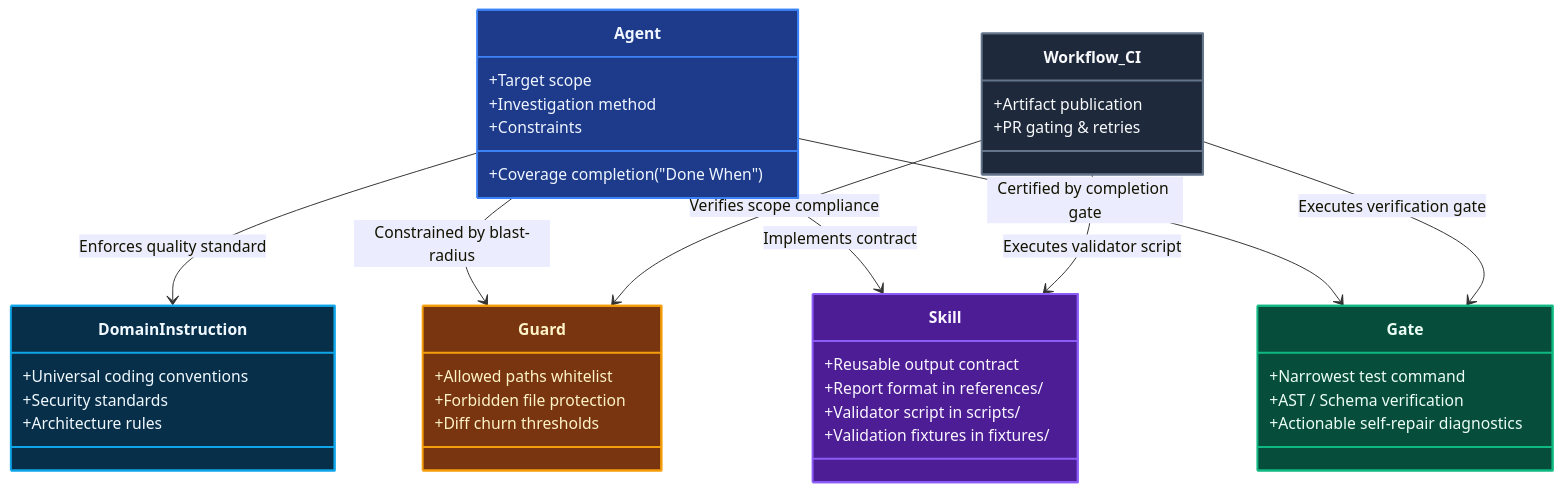
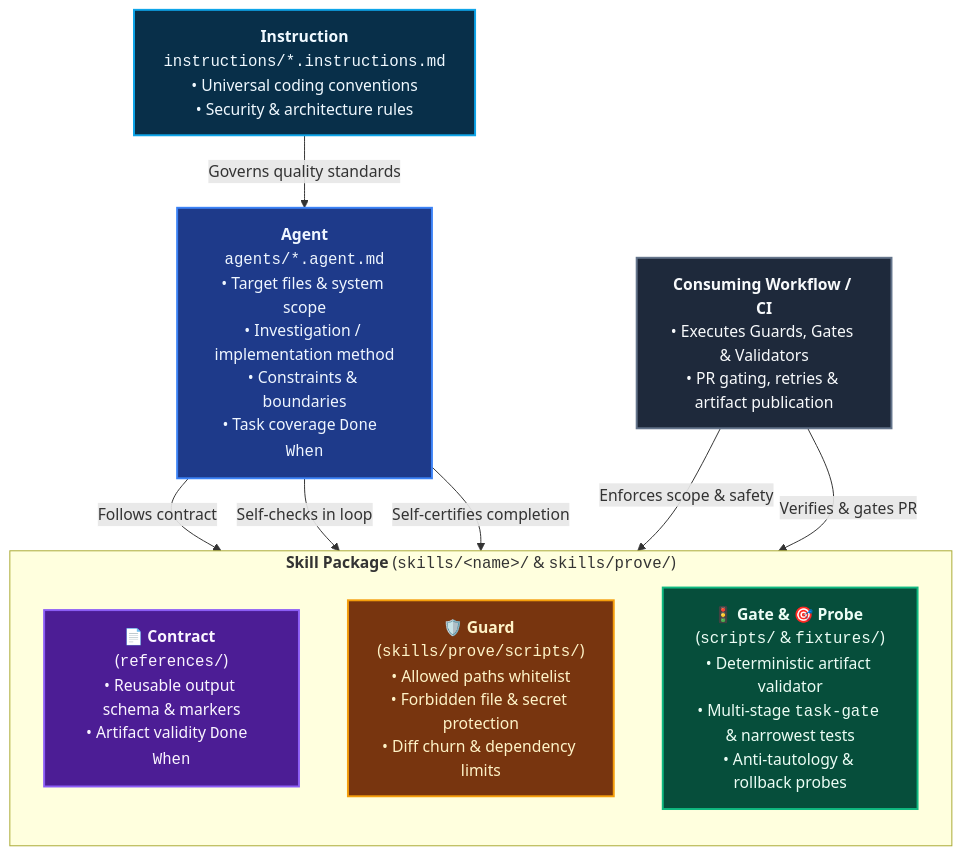
One commit to ALTEN-group/coding-pal changed the fourth of 5 diagrams in website/docs/guide/persistent-context.md. Above: the diagram before and after it, drawn with Mermaid. The commit also changed other lines of this file and 49 other files, not shown here.

````diff
--- a/website/docs/guide/persistent-context.md
+++ b/website/docs/guide/persistent-context.md
@@ -170,52 +170,39 @@
 ```mermaid
 ---
-caption: The Extended Golden Split Responsibility Matrix
+caption: The Golden Split Responsibility Architecture
 ---
-classDiagram
-    class Agent:::agent {
-        +Target scope
-        +Investigation method
-        +Constraints
-        +Coverage completion ("Done When")
-    }
-    class DomainInstruction:::instruction {
-        +Universal coding conventions
-        +Security standards
-        +Architecture rules
-    }
-    class Guard:::guard {
-        +Allowed paths whitelist
-        +Forbidden file protection
-        +Diff churn thresholds
-    }
-    class Skill:::skill {
-        +Reusable output contract
-        +Report format in references/
-        +Validator script in scripts/
-        +Validation fixtures in fixtures/
-    }
-    class Gate:::gate {
-        +Narrowest test command
-        +AST / Schema verification
-        +Actionable self-repair diagnostics
-    }
-    class Workflow_CI:::execution {
-        +Artifact publication
-        +PR gating & retries
-    }
+flowchart TD
+    INST["<b>Instruction</b><br/><code>instructions/*.instructions.md</code><br/>• Universal coding conventions<br/>• Security &amp; architecture rules"]
 
-    Agent --> DomainInstruction : Enforces quality standard
-    Agent --> Guard : Constrained by blast-radius
-    Agent --> Skill : Implements contract
-    Agent --> Gate : Certified by completion gate
-    Workflow_CI --> Skill : Executes validator script
-    Workflow_CI --> Gate : Executes verification gate
-    Workflow_CI --> Guard : Verifies scope compliance
+    AGENT["<b>Agent</b><br/><code>agents/*.agent.md</code><br/>• Target files &amp; system scope<br/>• Investigation / implementation method<br/>• Constraints &amp; boundaries<br/>• Task coverage <code>Done When</code>"]
+
+    subgraph SKILL ["<b>Skill Package</b> (<code>skills/&lt;name&gt;/</code> &amp; <code>skills/prove/</code>)"]
+        direction TB
+        CONTRACT["<b>📄 Contract</b> (<code>references/</code>)<br/>• Reusable output schema &amp; markers<br/>• Artifact validity <code>Done When</code>"]
+        GUARD["<b>🛡️ Guard</b> (<code>skills/prove/scripts/</code>)<br/>• Allowed paths whitelist<br/>• Forbidden file &amp; secret protection<br/>• Diff churn &amp; dependency limits"]
+        GATE["<b>🚦 Gate &amp; 🎯 Probe</b> (<code>scripts/</code> &amp; <code>fixtures/</code>)<br/>• Deterministic artifact validator<br/>• Multi-stage <code>task-gate</code> &amp; narrowest tests<br/>• Anti-tautology &amp; rollback probes"]
+    end
+
+    CI["<b>Consuming Workflow / CI</b><br/>• Executes Guards, Gates &amp; Validators<br/>• PR gating, retries &amp; artifact publication"]
+
+    INST -->|"Governs quality standards"| AGENT
+    AGENT -->|"Follows contract"| CONTRACT
+    AGENT -->|"Self-checks in loop"| GUARD
+    AGENT -->|"Self-certifies completion"| GATE
+    CI -->|"Enforces scope &amp; safety"| GUARD
+    CI -->|"Verifies &amp; gates PR"| GATE
 
     classDef instruction fill:#082f49,stroke:#0ea5e9,stroke-width:2px,color:#f0f9ff;
     classDef agent fill:#1e3a8a,stroke:#3b82f6,stroke-width:2px,color:#eff6ff;
-    classDef skill fill:#4c1d95,stroke:#8b5cf6,stroke-width:2px,color:#faf5ff;
+    classDef contract fill:#4c1d95,stroke:#8b5cf6,stroke-width:2px,color:#faf5ff;
     classDef guard fill:#78350f,stroke:#f59e0b,stroke-width:2px,color:#fef3c7;
     classDef gate fill:#064e3b,stroke:#10b981,stroke-width:2px,color:#ecfdf5;
     classDef execution fill:#1e293b,stroke:#64748b,stroke-width:2px,color:#f8fafc;
+
+    class INST instruction;
+    class AGENT agent;
+    class CONTRACT contract;
+    class GUARD guard;
+    class GATE gate;
+    class CI execution;
 ```
````
